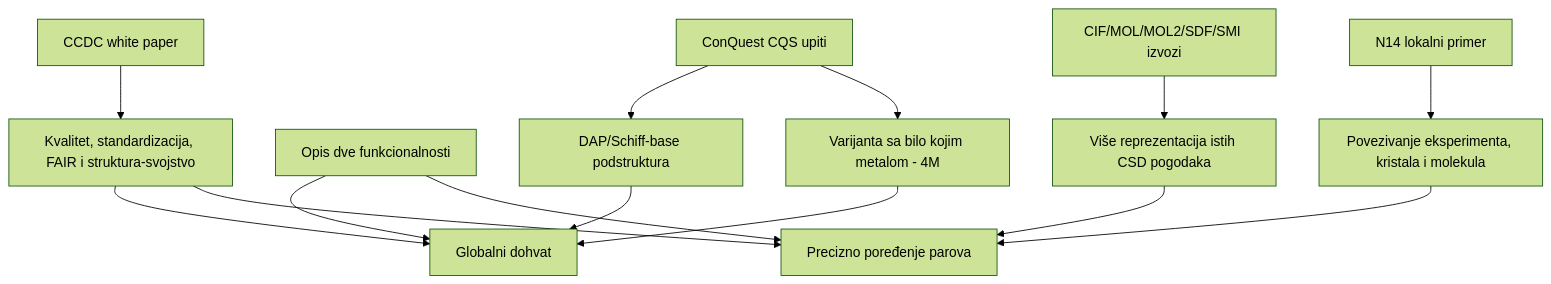
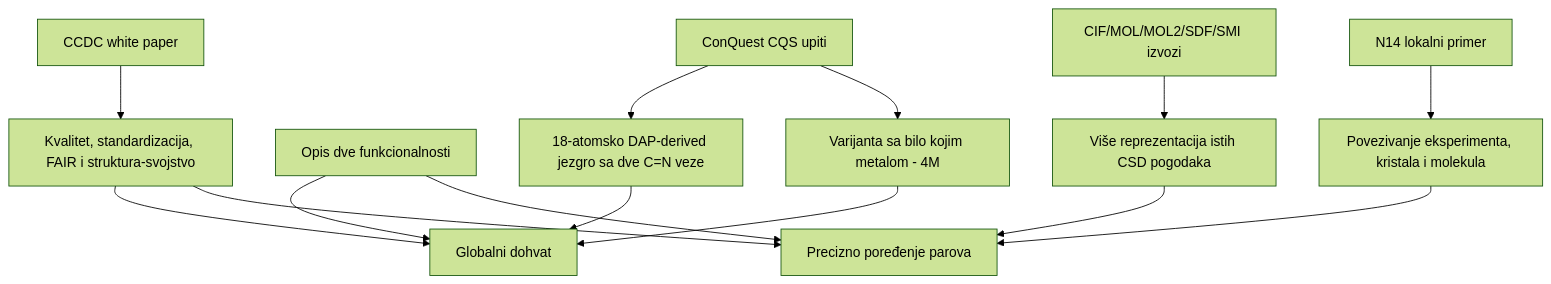
One commit to nemper/crystallography-and-ml-theory changed the first of 2 diagrams in chemistry-foundations/docs/mapa-projekta.md. Above: the diagram before and after it, drawn with Mermaid (forest theme). The commit also changed 3 other files, not shown here.

````diff
--- a/chemistry-foundations/docs/mapa-projekta.md
+++ b/chemistry-foundations/docs/mapa-projekta.md
@@ -21,16 +21,16 @@
 ```mermaid
 flowchart TD
     W[CCDC white paper] --> Q[Kvalitet, standardizacija, FAIR i struktura-svojstvo]
     T[Opis dve funkcionalnosti] --> A[Globalni dohvat]
     T --> B[Precizno poređenje parova]
-    CQS[ConQuest CQS upiti] --> D[DAP/Schiff-base podstruktura]
+    CQS[ConQuest CQS upiti] --> D[18-atomsko DAP-derived jezgro sa dve C=N veze]
     CQS --> M[Varijanta sa bilo kojim metalom - 4M]
     EXP[CIF/MOL/MOL2/SDF/SMI izvozi] --> R[Više reprezentacija istih CSD pogodaka]
     N14[N14 lokalni primer] --> X[Povezivanje eksperimenta, kristala i molekula]
     Q --> A
     Q --> B
     D --> A
     M --> A
     R --> B
     X --> B
 ```
````
